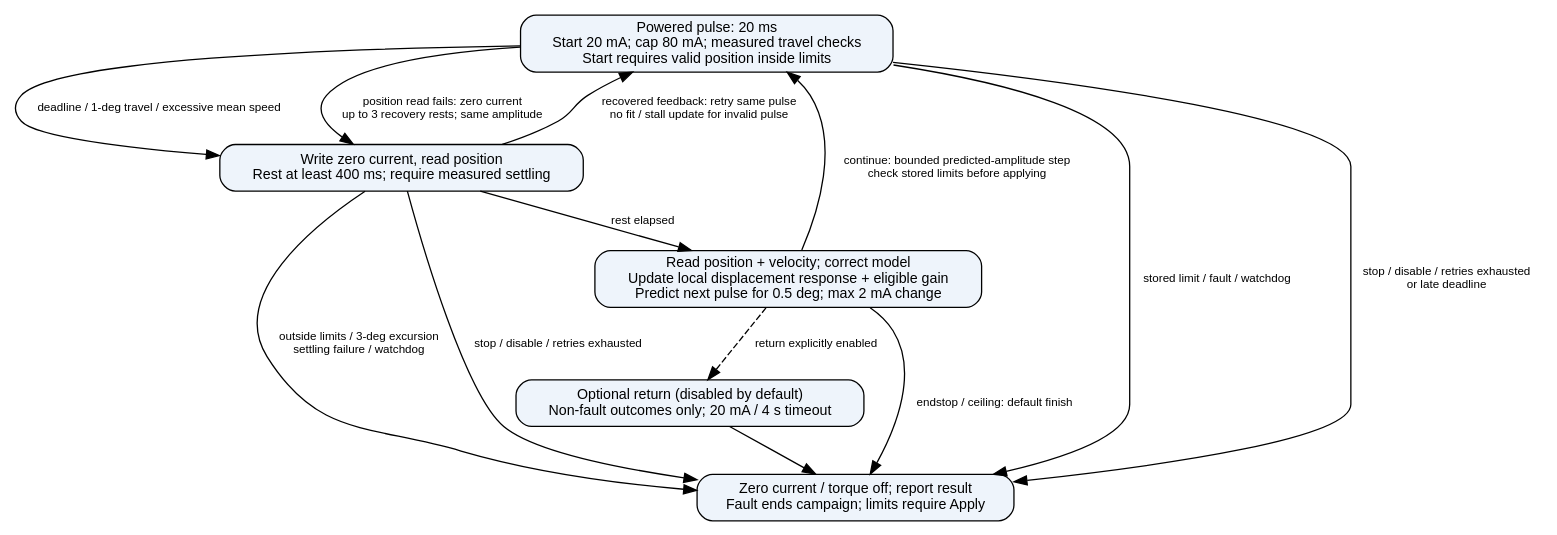
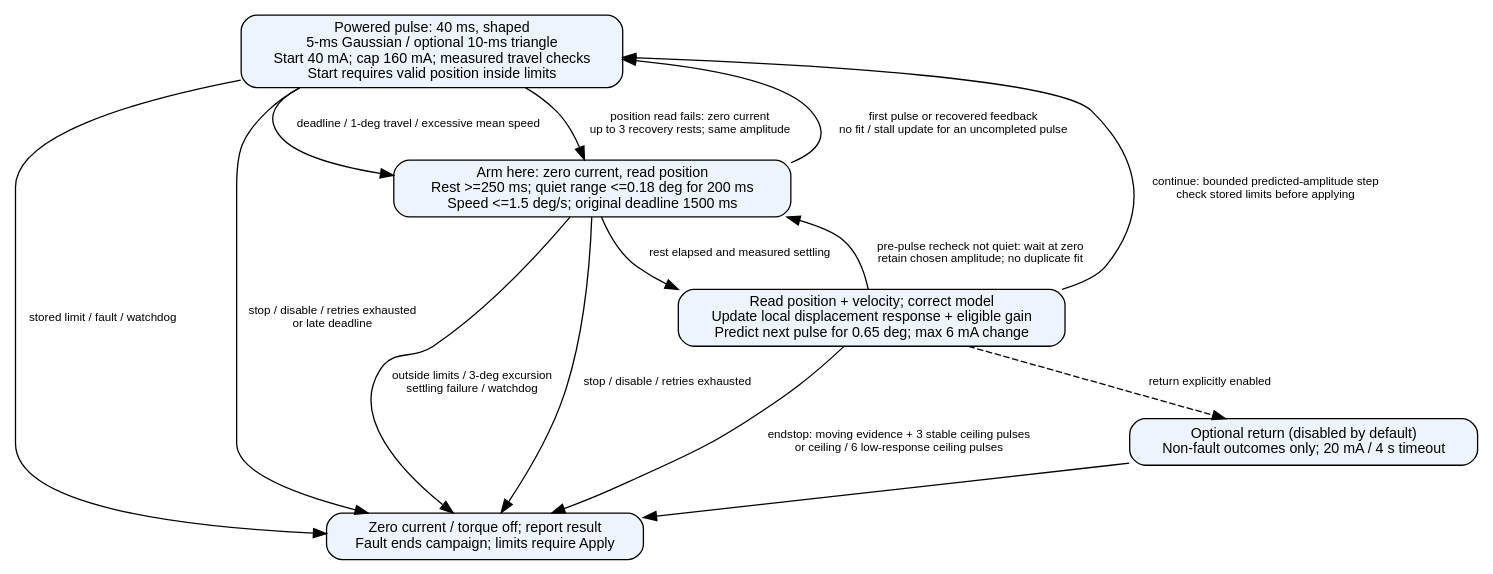
The diagram in docs/figures/rom_pulse_calibration.dot (Neuro-Mechatronics-Interfaces/NML_Hand_Exo), drawn with Graphviz before and after one commit. The commit also changed 38 other files, not shown here.

```diff
--- a/docs/figures/rom_pulse_calibration.dot
+++ b/docs/figures/rom_pulse_calibration.dot
@@ -1,22 +1,23 @@
 digraph rom_pulse {
   rankdir=TB;
   node [shape=box, style="rounded,filled", fillcolor="#eef4fb", fontname="Helvetica", fontsize=11];
   edge [fontname="Helvetica", fontsize=9];
-  PULSE [label="Powered pulse: 20 ms\nStart 20 mA; cap 80 mA; measured travel checks\nStart requires valid position inside limits"];
-  REST [label="Write zero current, read position\nRest at least 400 ms; require measured settling"];
-  FEEDBACK [label="Read position + velocity; correct model\nUpdate local displacement response + eligible gain\nPredict next pulse for 0.5 deg; max 2 mA change"];
+  PULSE [label="Powered pulse: 40 ms, shaped\n5-ms Gaussian / optional 10-ms triangle\nStart 40 mA; cap 160 mA; measured travel checks\nStart requires valid position inside limits"];
+  REST [label="Arm here: zero current, read position\nRest >=250 ms; quiet range <=0.18 deg for 200 ms\nSpeed <=1.5 deg/s; original deadline 1500 ms"];
+  FEEDBACK [label="Read position + velocity; correct model\nUpdate local displacement response + eligible gain\nPredict next pulse for 0.65 deg; max 6 mA change"];
   RETURN [label="Optional return (disabled by default)\nNon-fault outcomes only; 20 mA / 4 s timeout"];
   DONE [label="Zero current / torque off; report result\nFault ends campaign; limits require Apply"];
   PULSE -> REST [label="deadline / 1-deg travel / excessive mean speed"];
   PULSE -> REST [label="position read fails: zero current\nup to 3 recovery rests; same amplitude", color="#a63"];
-  REST -> PULSE [label="recovered feedback: retry same pulse\nno fit / stall update for invalid pulse", color="#a63"];
-  REST -> FEEDBACK [label="rest elapsed"];
+  REST -> PULSE [label="first pulse or recovered feedback\nno fit / stall update for an uncompleted pulse", color="#a63"];
+  REST -> FEEDBACK [label="rest elapsed and measured settling"];
+  FEEDBACK -> REST [label="pre-pulse recheck not quiet: wait at zero\nretain chosen amplitude; no duplicate fit"];
   FEEDBACK -> PULSE [label="continue: bounded predicted-amplitude step\ncheck stored limits before applying"];
-  FEEDBACK -> DONE [label="endstop / ceiling: default finish"];
+  FEEDBACK -> DONE [label="endstop: moving evidence + 3 stable ceiling pulses\nor ceiling / 6 low-response ceiling pulses"];
   FEEDBACK -> RETURN [label="return explicitly enabled", style=dashed];
   PULSE -> DONE [label="stored limit / fault / watchdog"];
   REST -> DONE [label="outside limits / 3-deg excursion\nsettling failure / watchdog"];
   RETURN -> DONE;
   PULSE -> DONE [label="stop / disable / retries exhausted\nor late deadline", color="#a33"];
   REST -> DONE [label="stop / disable / retries exhausted", color="#a33"];
 }
```
